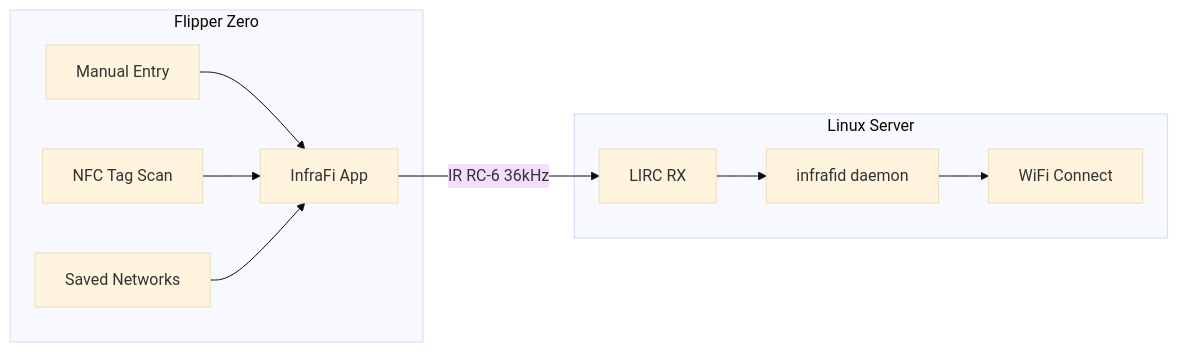
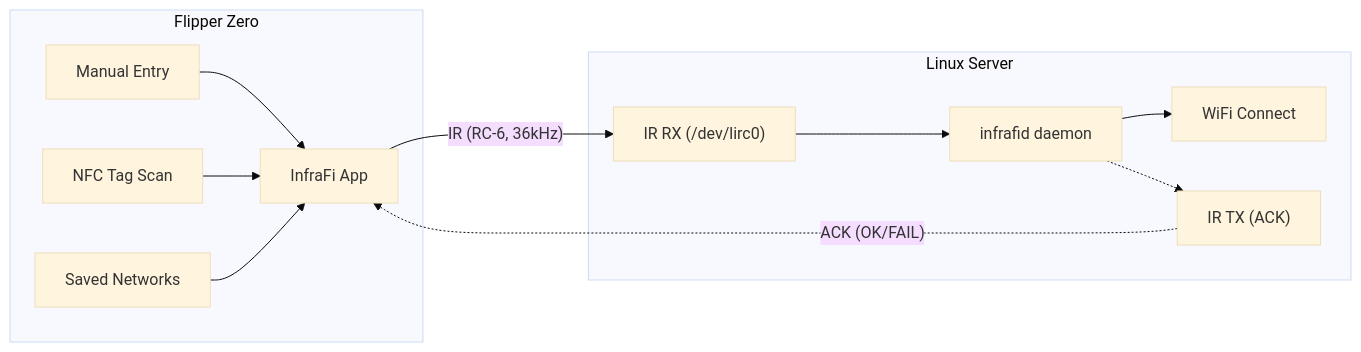
One commit to amd989/InfraFi changed the diagram in README.md. Above: the diagram before and after it, drawn with Mermaid (base theme).

Commit message:
docs: 📝 update readme

````diff
--- a/README.md
+++ b/README.md
@@ -9,14 +9,24 @@
 ```mermaid
 flowchart LR
     subgraph Flipper Zero
-        A1[Manual Entry] --> A[InfraFi App]
-        A2[NFC Tag Scan] --> A
-        A3[Saved Networks] --> A
+        A[InfraFi App]
+        A1[Manual Entry]
+        A2[NFC Tag Scan]
+        A3[Saved Networks]
+        A1 --> A
+        A2 --> A
+        A3 --> A
     end
 
     subgraph Linux Server
-        B1[LIRC RX] --> B[infrafid daemon] --> B2[WiFi Connect]
+        B[infrafid daemon]
+        B1["IR RX (/dev/lirc0)"]
+        B2[WiFi Connect]
+        B3["IR TX (ACK)"]
+        B1 --> B --> B2
+        B -.-> B3
     end
 
-    A -- IR RC-6 36kHz --> B1
+    A -- "IR (RC-6, 36kHz)" --> B1
+    B3 -. "ACK (OK/FAIL)" .-> A
 ```
````
